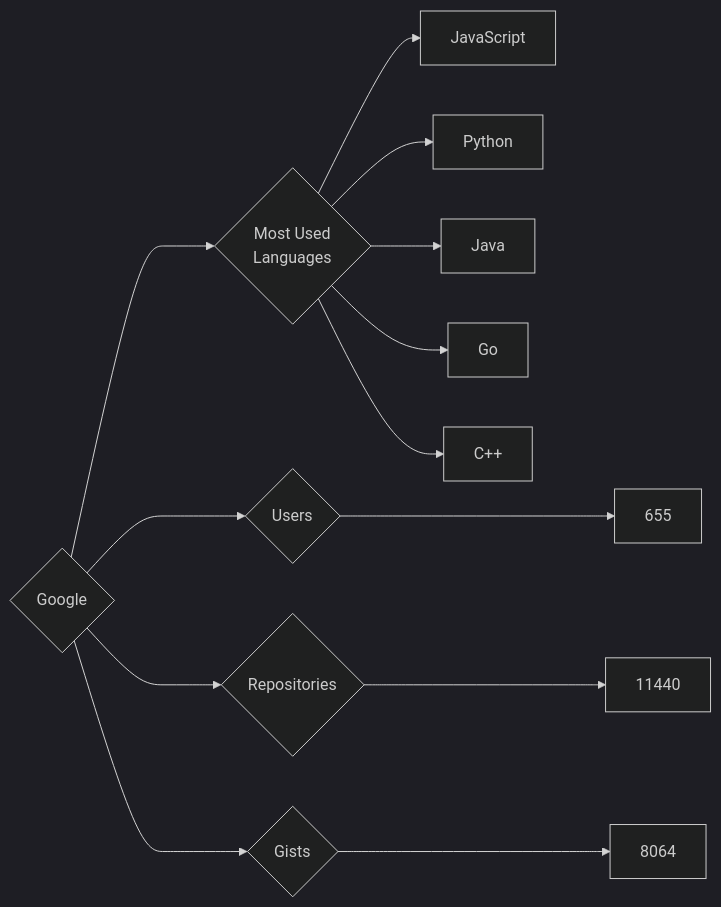
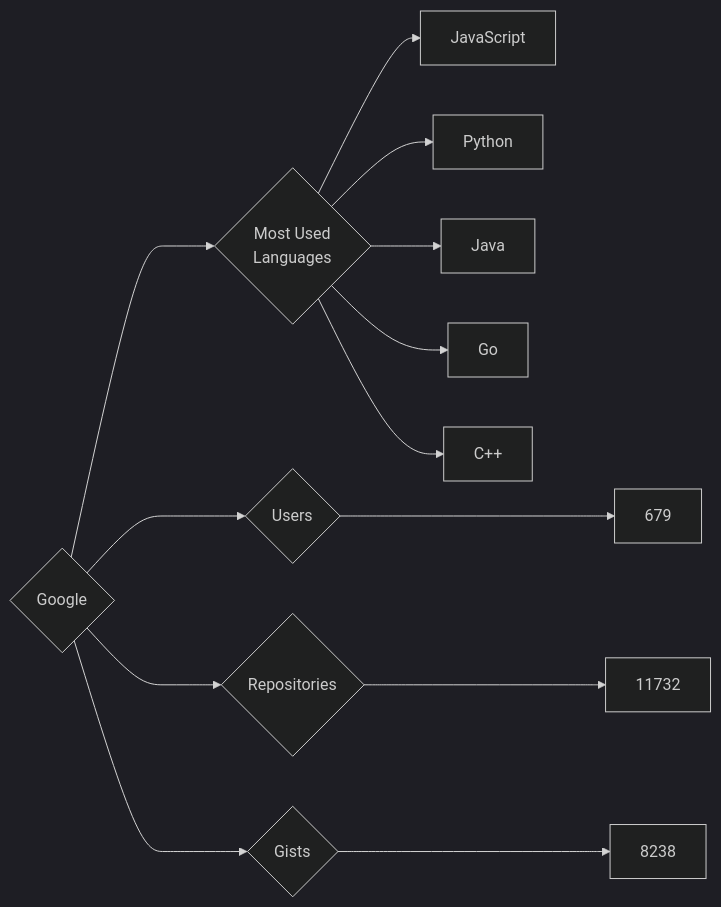
Before and after one commit to trickest/insiders: the diagram in targets/Google/README.md, drawn with Mermaid (dark theme). The commit also changed 622 other files, not shown here.

````diff
--- a/targets/Google/README.md
+++ b/targets/Google/README.md
@@ -3,13 +3,13 @@
 ```mermaid
 graph LR
 COMPANY_NAME{Google}
-COMPANY_NAME ---> U{Users} ---> UN[655]
-COMPANY_NAME ---> R{Repositories} ---> RN[11440]
-COMPANY_NAME ---> G{Gists} ---> GN[8064]
+COMPANY_NAME ---> U{Users} ---> UN[679]
+COMPANY_NAME ---> R{Repositories} ---> RN[11732]
+COMPANY_NAME ---> G{Gists} ---> GN[8238]
 COMPANY_NAME ---> ML{Most Used<br>Languages}
 ML --> JavaScript[JavaScript]
 ML --> Python[Python]
 ML --> Java[Java]
 ML --> Go[Go]
 ML --> C++[C++]
 ```
````
